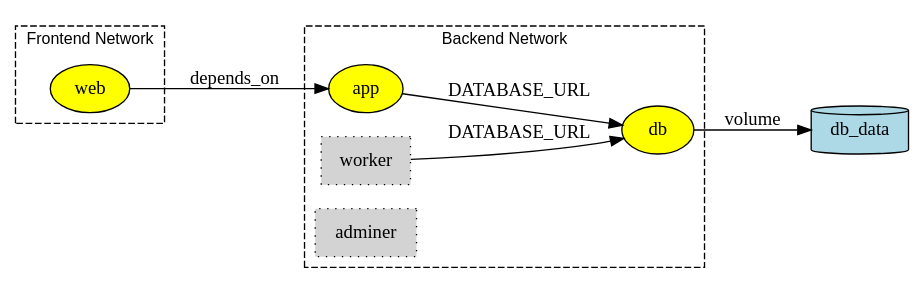
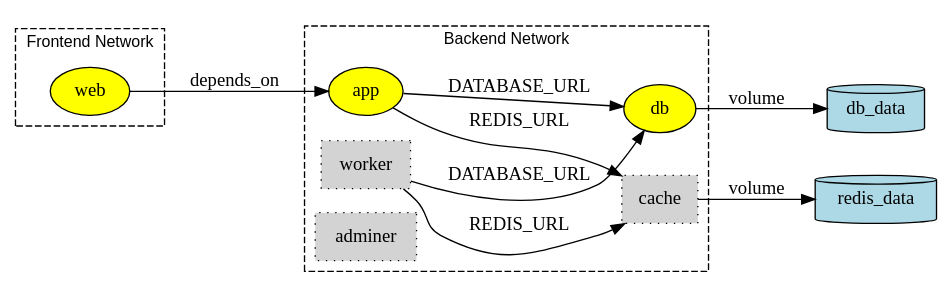
Before and after one commit to purduecyan/CNIT481-CCI: the fifth of 5 diagrams in docs/source/labs/docker-compose.rst, drawn with Graphviz. The commit also changed other lines of this file, not shown here.

```diff
--- a/docs/source/labs/docker-compose.rst
+++ b/docs/source/labs/docker-compose.rst
@@ -719,34 +861,39 @@
 .. graphviz::
     :caption: QA Profile Architecture
     :align: center
 
     digraph qa {
       rankdir=LR;
       fontsize=12;
       fontname="Arial";
       node [shape=box];
 
       web -> app [label="depends_on"];
       app -> db [label="DATABASE_URL"];
+      app -> cache [label="REDIS_URL"];
       worker -> db [label="DATABASE_URL"];
+      worker -> cache [label="REDIS_URL"];
       db -> db_data [label="volume"];
+      cache -> redis_data [label="volume"];
 
       subgraph cluster_backend {
         label="Backend Network";
         style=dashed;
         app [shape=oval, style=filled, fillcolor=yellow];
         db [shape=oval, style=filled, fillcolor=yellow];
+        cache [shape=box, style="filled,dotted", fillcolor=lightgrey, label="cache"];
         worker[shape=box, style="filled,dotted", fillcolor=lightgrey, label="worker"];
         adminer [shape=box, style="filled,dotted", fillcolor=lightgrey, label="adminer"];
       }
 
       subgraph cluster_frontend {
         label="Frontend Network";
         style=dashed;
         web [shape=oval, style=filled, fillcolor=yellow];
       }
 
       // Volumes
       db_data [shape=cylinder, label="db_data", fillcolor=lightblue, style=filled];
+      redis_data [shape=cylinder, label="redis_data", fillcolor=lightblue, style=filled];
 
     }
```
